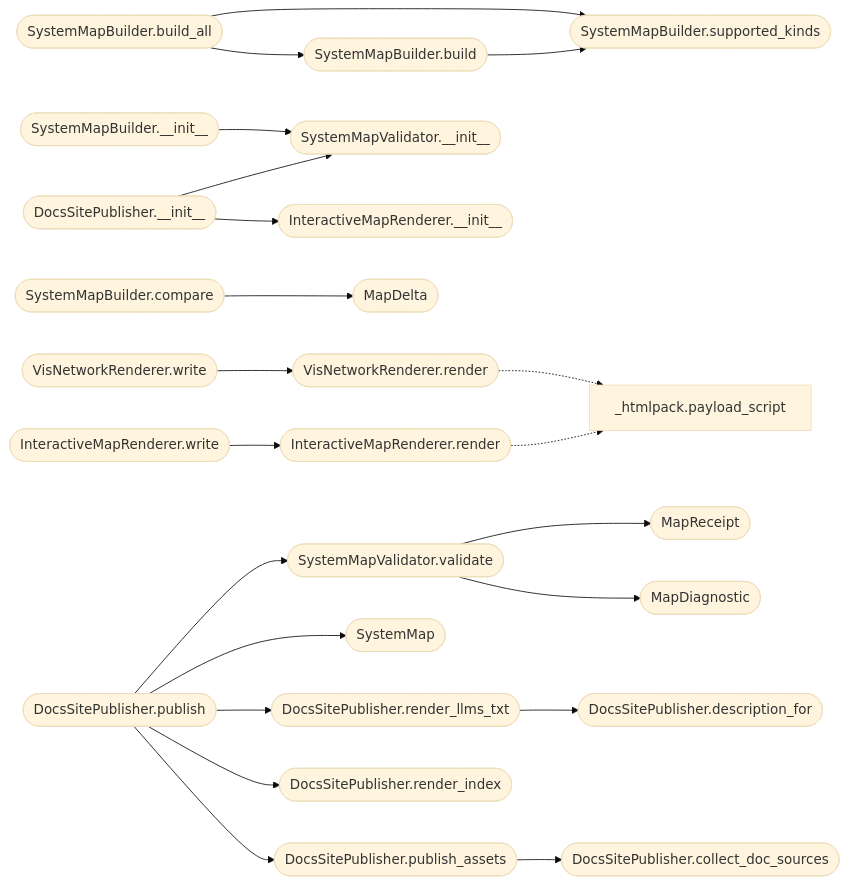
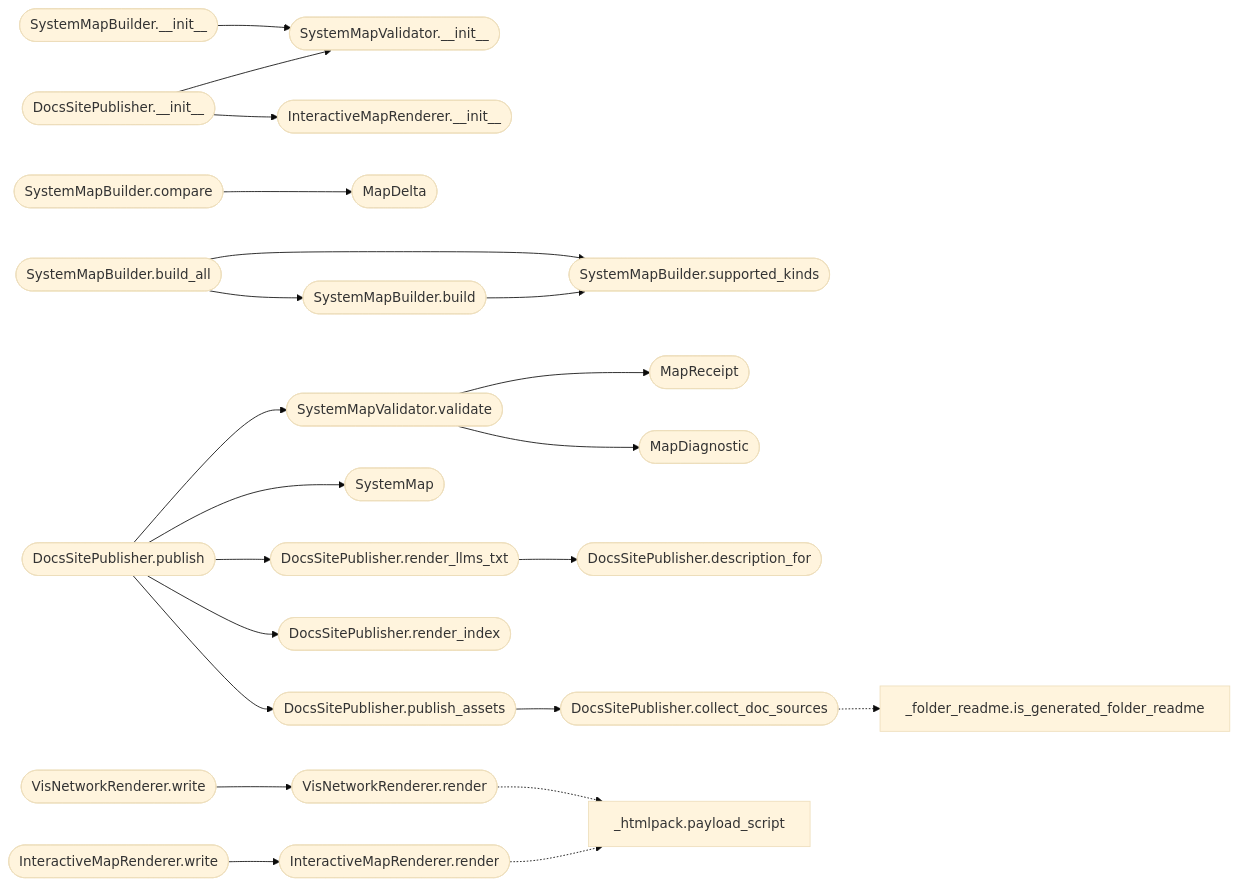
The second of 2 diagrams in readmenator-apidocs/modules/readmenator._diagrams.py.md (grisuno/ReadMenator), drawn with Mermaid (base theme) before and after one commit. The commit also changed other lines of this file and 225 other files, not shown here.

````diff
--- a/readmenator-apidocs/modules/readmenator._diagrams.py.md
+++ b/readmenator-apidocs/modules/readmenator._diagrams.py.md
@@ -103,47 +103,49 @@
 ```mermaid
 flowchart LR
     n_readmenator__diagrams_py__SystemMapValidator_validate(["SystemMapValidator.validate"])
     n_readmenator__diagrams_py__MapDiagnostic(["MapDiagnostic"])
     n_readmenator__diagrams_py__MapReceipt(["MapReceipt"])
     n_readmenator__diagrams_py__SystemMapBuilder___init__(["SystemMapBuilder.__init__"])
     n_readmenator__diagrams_py__SystemMapValidator___init__(["SystemMapValidator.__init__"])
     n_readmenator__diagrams_py__SystemMapBuilder_build(["SystemMapBuilder.build"])
     n_readmenator__diagrams_py__SystemMapBuilder_supported_kinds(["SystemMapBuilder.supported_kinds"])
     n_readmenator__diagrams_py__SystemMapBuilder_build_all(["SystemMapBuilder.build_all"])
     n_readmenator__diagrams_py__SystemMapBuilder_compare(["SystemMapBuilder.compare"])
     n_readmenator__diagrams_py__MapDelta(["MapDelta"])
     n_readmenator__diagrams_py__InteractiveMapRenderer_write(["InteractiveMapRenderer.write"])
     n_readmenator__diagrams_py__InteractiveMapRenderer_render(["InteractiveMapRenderer.render"])
     n_readmenator__diagrams_py__VisNetworkRenderer_write(["VisNetworkRenderer.write"])
     n_readmenator__diagrams_py__VisNetworkRenderer_render(["VisNetworkRenderer.render"])
     n_readmenator__diagrams_py__DocsSitePublisher___init__(["DocsSitePublisher.__init__"])
     n_readmenator__diagrams_py__InteractiveMapRenderer___init__(["InteractiveMapRenderer.__init__"])
     n_readmenator__diagrams_py__DocsSitePublisher_publish(["DocsSitePublisher.publish"])
     n_readmenator__diagrams_py__DocsSitePublisher_publish_assets(["DocsSitePublisher.publish_assets"])
     n_readmenator__diagrams_py__DocsSitePublisher_render_index(["DocsSitePublisher.render_index"])
     n_readmenator__diagrams_py__DocsSitePublisher_render_llms_txt(["DocsSitePublisher.render_llms_txt"])
     n_readmenator__diagrams_py__SystemMap(["SystemMap"])
     n_readmenator__diagrams_py__DocsSitePublisher_collect_doc_sources(["DocsSitePublisher.collect_doc_sources"])
     n_readmenator__diagrams_py__DocsSitePublisher_description_for(["DocsSitePublisher.description_for"])
     n_readmenator__htmlpack_py__payload_script["_htmlpack.payload_script"]
+    n_readmenator__folder_readme_py__is_generated_folder_readme["_folder_readme.is_generated_folder_readme"]
     n_readmenator__diagrams_py__SystemMapValidator_validate --> n_readmenator__diagrams_py__MapDiagnostic
     n_readmenator__diagrams_py__SystemMapValidator_validate --> n_readmenator__diagrams_py__MapReceipt
     n_readmenator__diagrams_py__SystemMapBuilder___init__ --> n_readmenator__diagrams_py__SystemMapValidator___init__
     n_readmenator__diagrams_py__SystemMapBuilder_build --> n_readmenator__diagrams_py__SystemMapBuilder_supported_kinds
     n_readmenator__diagrams_py__SystemMapBuilder_build_all --> n_readmenator__diagrams_py__SystemMapBuilder_build
     n_readmenator__diagrams_py__SystemMapBuilder_build_all --> n_readmenator__diagrams_py__SystemMapBuilder_supported_kinds
     n_readmenator__diagrams_py__SystemMapBuilder_compare --> n_readmenator__diagrams_py__MapDelta
     n_readmenator__diagrams_py__InteractiveMapRenderer_write --> n_readmenator__diagrams_py__InteractiveMapRenderer_render
     n_readmenator__diagrams_py__VisNetworkRenderer_write --> n_readmenator__diagrams_py__VisNetworkRenderer_render
     n_readmenator__diagrams_py__DocsSitePublisher___init__ --> n_readmenator__diagrams_py__InteractiveMapRenderer___init__
     n_readmenator__diagrams_py__DocsSitePublisher___init__ --> n_readmenator__diagrams_py__SystemMapValidator___init__
     n_readmenator__diagrams_py__DocsSitePublisher_publish --> n_readmenator__diagrams_py__DocsSitePublisher_publish_assets
     n_readmenator__diagrams_py__DocsSitePublisher_publish --> n_readmenator__diagrams_py__DocsSitePublisher_render_index
     n_readmenator__diagrams_py__DocsSitePublisher_publish --> n_readmenator__diagrams_py__DocsSitePublisher_render_llms_txt
     n_readmenator__diagrams_py__DocsSitePublisher_publish --> n_readmenator__diagrams_py__SystemMap
     n_readmenator__diagrams_py__DocsSitePublisher_publish --> n_readmenator__diagrams_py__SystemMapValidator_validate
     n_readmenator__diagrams_py__DocsSitePublisher_publish_assets --> n_readmenator__diagrams_py__DocsSitePublisher_collect_doc_sources
     n_readmenator__diagrams_py__DocsSitePublisher_render_llms_txt --> n_readmenator__diagrams_py__DocsSitePublisher_description_for
     n_readmenator__diagrams_py__InteractiveMapRenderer_render -.-> n_readmenator__htmlpack_py__payload_script
     n_readmenator__diagrams_py__VisNetworkRenderer_render -.-> n_readmenator__htmlpack_py__payload_script
+    n_readmenator__diagrams_py__DocsSitePublisher_collect_doc_sources -.-> n_readmenator__folder_readme_py__is_generated_folder_readme
 ```
````
